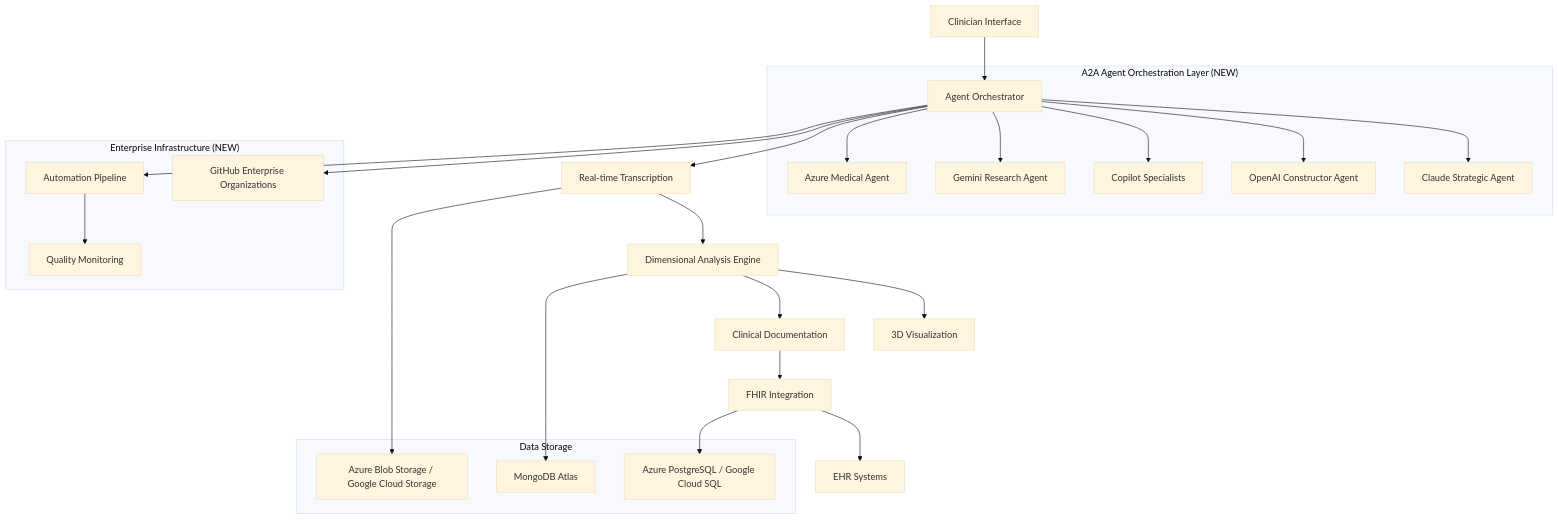
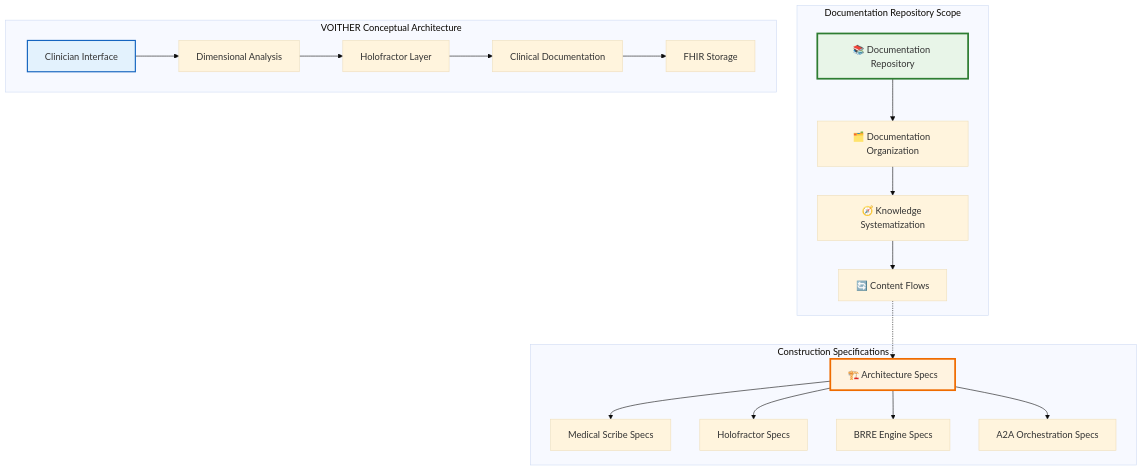
The diagram in README.md (myselfgus/docs), drawn with Mermaid (base theme) before and after one commit. The commit also changed other lines of this file and 10 other files, not shown here.

Commit message:
Reorganize repository scope: separate documentation from construction specs

````diff
--- a/README.md
+++ b/README.md
@@ -213,44 +240,45 @@
 ```mermaid
 graph TD
-    subgraph "A2A Agent Orchestration Layer (NEW)"
-        AO[Agent Orchestrator]
-        CS[Claude Strategic Agent]
-        OC[OpenAI Constructor Agent]
-        CP[Copilot Specialists]
-        GR[Gemini Research Agent]
-        AM[Azure Medical Agent]
+    subgraph "Documentation Repository Scope"
+        DR[📚 Documentation Repository]
+        DO[🗂️ Documentation Organization]
+        KS[🧭 Knowledge Systematization]
+        CF[🔄 Content Flows]
     end
     
-    A[Clinician Interface] --> AO
-    AO --> CS
-    AO --> OC
-    AO --> CP
-    AO --> GR
-    AO --> AM
-    
-    AO --> B[Real-time Transcription]
-    B --> C[Dimensional Analysis Engine]
-    C --> D[3D Visualization]
-    C --> E[Clinical Documentation]
-    E --> F[FHIR Integration]
-    F --> G[EHR Systems]
-    
-    subgraph "Data Storage"
-        H[MongoDB Atlas]
-        I[Azure PostgreSQL / Google Cloud SQL]
-        J[Azure Blob Storage / Google Cloud Storage]
+    subgraph "VOITHER Conceptual Architecture"
+        CI[Clinician Interface]
+        DA[Dimensional Analysis]
+        HL[Holofractor Layer]
+        CD[Clinical Documentation]
+        FS[FHIR Storage]
     end
     
-    subgraph "Enterprise Infrastructure (NEW)"
-        K[GitHub Enterprise Organizations]
-        L[Automation Pipeline]
-        M[Quality Monitoring]
+    subgraph "Construction Specifications"
+        AS[🏗️ Architecture Specs]
+        MS[Medical Scribe Specs]
+        HF[Holofractor Specs]
+        BE[BRRE Engine Specs]
+        A2A[A2A Orchestration Specs]
     end
     
-    C --> H
-    F --> I
-    B --> J
-    AO --> K
-    AO --> L
-    L --> M
+    DR --> DO
+    DO --> KS
+    KS --> CF
+    
+    CI --> DA
+    DA --> HL
+    HL --> CD
+    CD --> FS
+    
+    AS --> MS
+    AS --> HF
+    AS --> BE
+    AS --> A2A
+    
+    CF -.-> AS
+    
+    style DR fill:#e8f5e8,stroke:#2e7d32,stroke-width:3px
+    style AS fill:#fff3e0,stroke:#ef6c00,stroke-width:3px
+    style CI fill:#e3f2fd,stroke:#1565c0,stroke-width:2px
 ```
````
